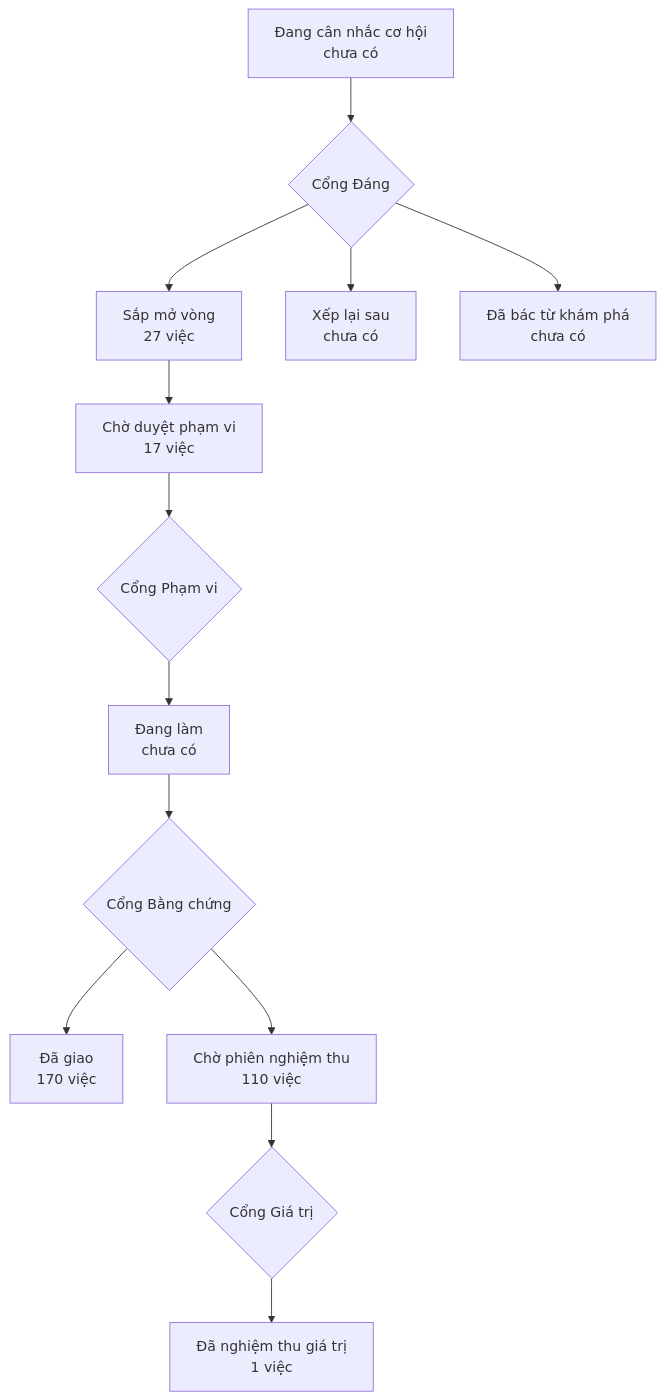
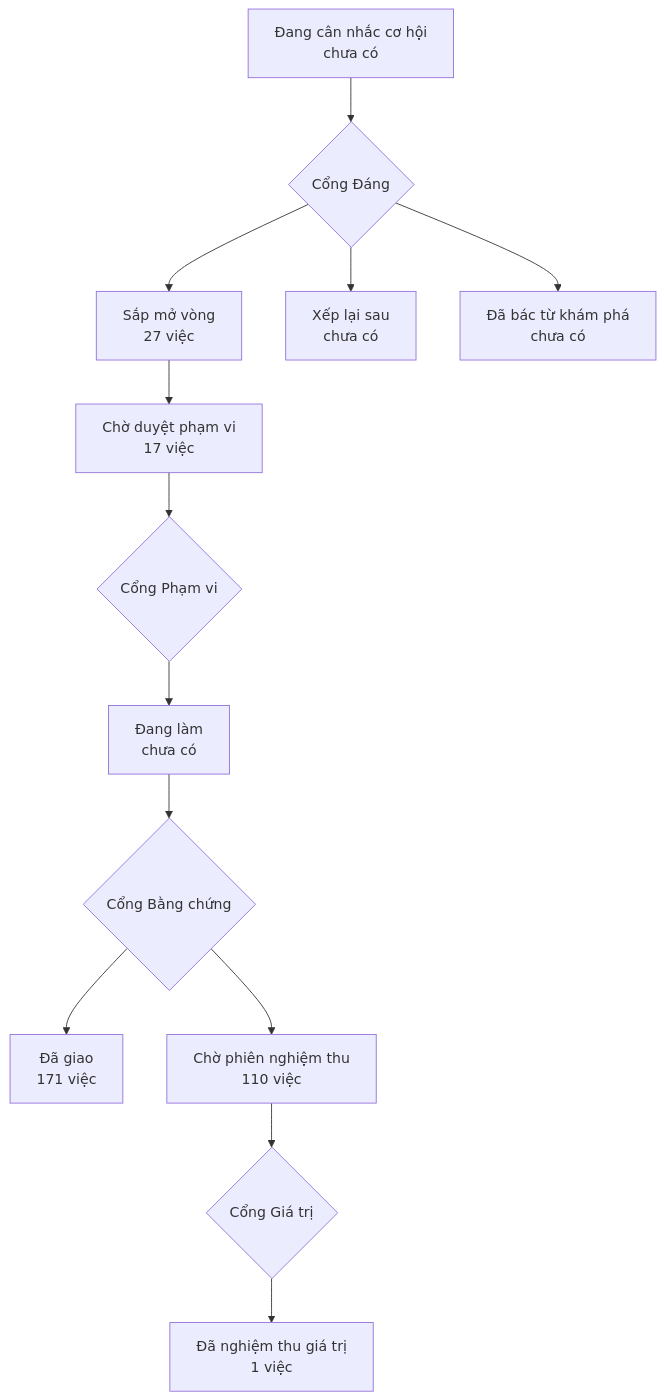
Before and after one commit to phanlemanh/onehub-invest: the diagram in PRODUCT-MAP.md, drawn with Mermaid. The commit also changed other lines of this file and 13 other files, not shown here.

````diff
--- a/PRODUCT-MAP.md
+++ b/PRODUCT-MAP.md
@@ -7,12 +7,12 @@
 ```mermaid
 flowchart TD
   A["Đang cân nhắc cơ hội<br/>chưa có"] --> GD{"Cổng Đáng"}
   GD --> B["Sắp mở vòng<br/>27 việc"]
   GD --> XL["Xếp lại sau<br/>chưa có"]
   GD --> DB["Đã bác từ khám phá<br/>chưa có"]
   B --> CD["Chờ duyệt phạm vi<br/>17 việc"] --> GP{"Cổng Phạm vi"}
   GP --> DL["Đang làm<br/>chưa có"] --> GB{"Cổng Bằng chứng"}
-  GB --> DG["Đã giao<br/>170 việc"]
+  GB --> DG["Đã giao<br/>171 việc"]
   GB --> CN["Chờ phiên nghiệm thu<br/>110 việc"] --> GG{"Cổng Giá trị"}
   GG --> NT["Đã nghiệm thu giá trị<br/>1 việc"]
 ```
````
